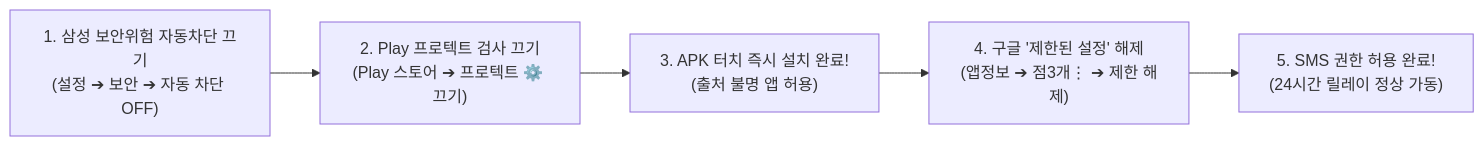
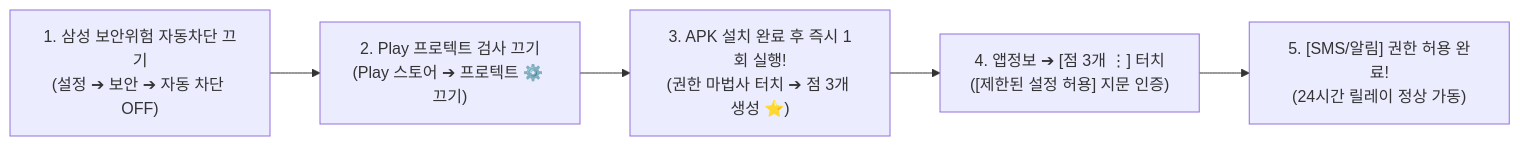
One commit to lsk0522/Hi_Dorm_SMS changed the first of 3 diagrams in README.md. Above: the diagram before and after it, drawn with Mermaid. The commit also changed other lines of this file and 1 other file, not shown here.

````diff
--- a/README.md
+++ b/README.md
@@ -36,7 +36,7 @@
 ```mermaid
 flowchart LR
     Step1["1. 삼성 보안위험 자동차단 끄기\n(설정 ➔ 보안 ➔ 자동 차단 OFF)"] --> Step2["2. Play 프로텍트 검사 끄기\n(Play 스토어 ➔ 프로텍트 ⚙️ 끄기)"]
-    Step2 --> Step3["3. APK 터치 즉시 설치 완료!\n(출처 불명 앱 허용)"]
-    Step3 --> Step4["4. 구글 '제한된 설정' 해제\n(앱정보 ➔ 점3개⋮ ➔ 제한 해제)"]
-    Step4 --> Step5["5. SMS 권한 허용 완료!\n(24시간 릴레이 정상 가동)"]
+    Step2 --> Step3["3. APK 설치 완료 후 즉시 1회 실행!\n(권한 마법사 터치 ➔ 점 3개 생성 ⭐)"]
+    Step3 --> Step4["4. 앱정보 ➔ [점 3개 ⋮] 터치\n([제한된 설정 허용] 지문 인증)"]
+    Step4 --> Step5["5. [SMS/알림] 권한 허용 완료!\n(24시간 릴레이 정상 가동)"]
 ```
````
